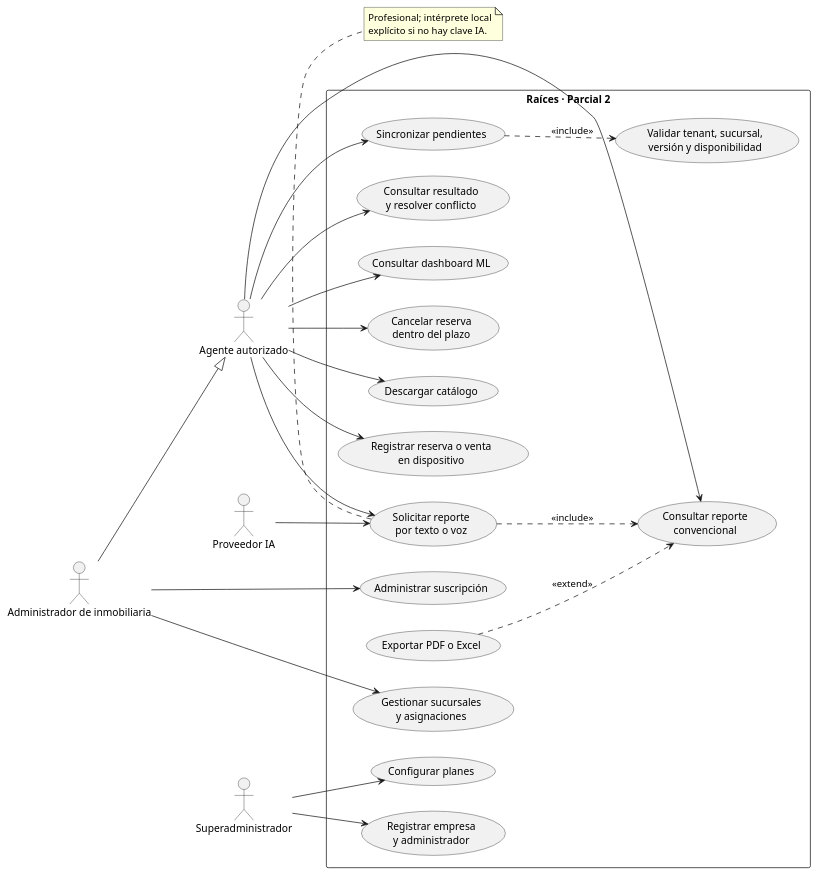
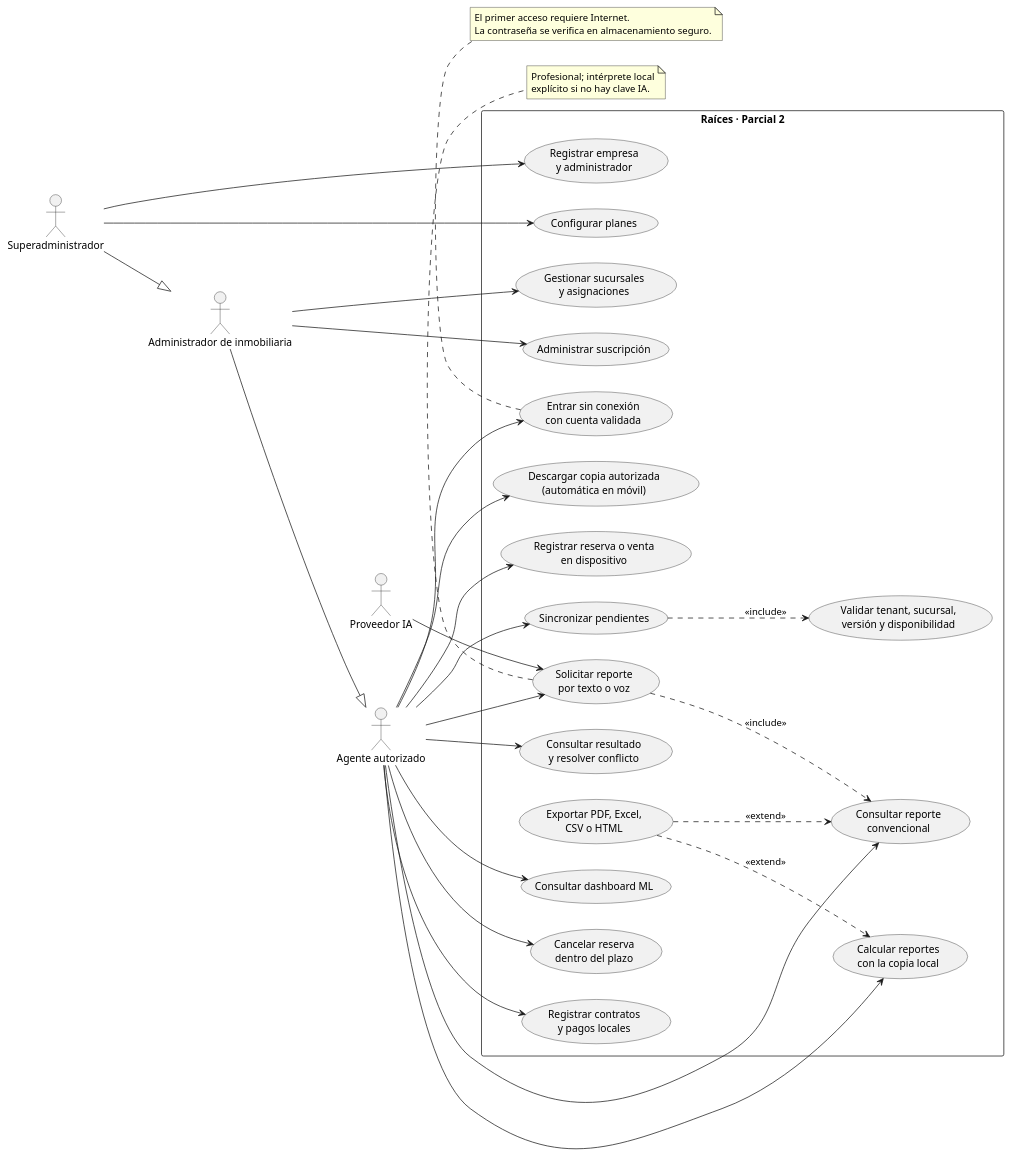
One commit to bmateo637coder/SI2proy changed the diagram in docs/uml/casos_uso.puml. Above: the diagram before and after it, drawn with PlantUML. The commit also changed 8 other files, not shown here.

```diff
--- a/docs/uml/casos_uso.puml
+++ b/docs/uml/casos_uso.puml
@@ -1,41 +1,50 @@
 @startuml
 left to right direction
 actor "Superadministrador" as Super
 actor "Administrador de inmobiliaria" as Admin
 actor "Agente autorizado" as Agent
 actor "Proveedor IA" as AI
 rectangle "Raíces · Parcial 2" {
   usecase "Registrar empresa\ny administrador" as UC1
   usecase "Configurar planes" as UC2
   usecase "Administrar suscripción" as UC3
   usecase "Gestionar sucursales\ny asignaciones" as UC4
-  usecase "Descargar catálogo" as UC5
+  usecase "Descargar copia autorizada\n(automática en móvil)" as UC5
   usecase "Registrar reserva o venta\nen dispositivo" as UC6
   usecase "Sincronizar pendientes" as UC7
   usecase "Validar tenant, sucursal,\nversión y disponibilidad" as UC8
   usecase "Consultar resultado\ny resolver conflicto" as UC9
   usecase "Consultar reporte\nconvencional" as UC10
   usecase "Solicitar reporte\npor texto o voz" as UC11
-  usecase "Exportar PDF o Excel" as UC12
+  usecase "Exportar PDF, Excel,\nCSV o HTML" as UC12
   usecase "Consultar dashboard ML" as UC13
   usecase "Cancelar reserva\ndentro del plazo" as UC14
+  usecase "Entrar sin conexión\ncon cuenta validada" as UC15
+  usecase "Registrar contratos\ny pagos locales" as UC16
+  usecase "Calcular reportes\ncon la copia local" as UC17
 }
 Super --> UC1
 Super --> UC2
+Super --|> Admin
 Admin --> UC3
 Admin --> UC4
 Admin --|> Agent
 Agent --> UC5
 Agent --> UC6
 Agent --> UC7
 Agent --> UC9
 Agent --> UC10
 Agent --> UC11
 Agent --> UC13
 Agent --> UC14
+Agent --> UC15
+Agent --> UC16
+Agent --> UC17
+UC12 ..> UC17 : <<extend>>
 UC7 ..> UC8 : <<include>>
 UC11 ..> UC10 : <<include>>
 UC12 ..> UC10 : <<extend>>
 AI --> UC11
 note bottom of UC11 : Profesional; intérprete local\nexplícito si no hay clave IA.
+note bottom of UC15 : El primer acceso requiere Internet.\nLa contraseña se verifica en almacenamiento seguro.
 @enduml
```
